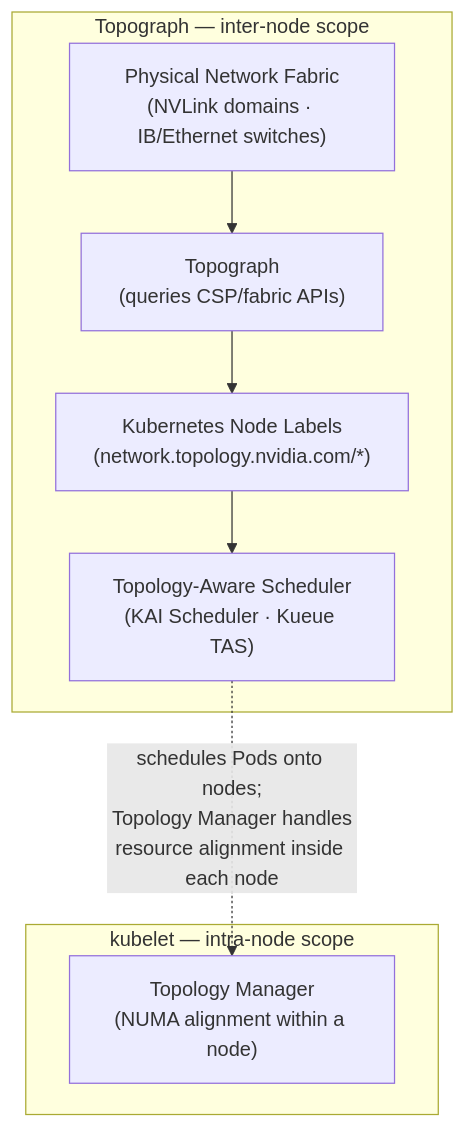
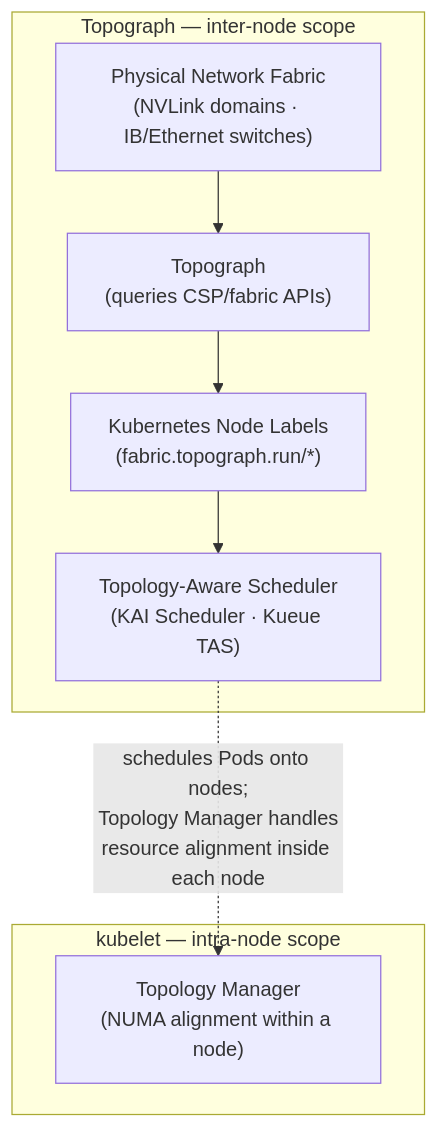
The diagram in docs/engines/k8s.md (NVIDIA/topograph), drawn with Mermaid before and after one commit. The commit also changed other lines of this file and 19 other files, not shown here.

````diff
--- a/docs/engines/k8s.md
+++ b/docs/engines/k8s.md
@@ -52,16 +52,16 @@
 ```mermaid
 graph TB
     subgraph topo_scope["Topograph — inter-node scope"]
         fabric["Physical Network Fabric\n(NVLink domains · IB/Ethernet switches)"]
         topograph["Topograph\n(queries CSP/fabric APIs)"]
-        labels["Kubernetes Node Labels\n(network.topology.nvidia.com/*)"]
+        labels["Kubernetes Node Labels\n(fabric.topograph.run/*)"]
         scheduler["Topology-Aware Scheduler\n(KAI Scheduler · Kueue TAS)"]
         fabric --> topograph --> labels --> scheduler
     end
 
     subgraph kubelet_scope["kubelet — intra-node scope"]
         tm["Topology Manager\n(NUMA alignment within a node)"]
     end
 
     scheduler -. "schedules Pods onto nodes;\nTopology Manager handles\nresource alignment inside each node" .-> tm
 ```
````
